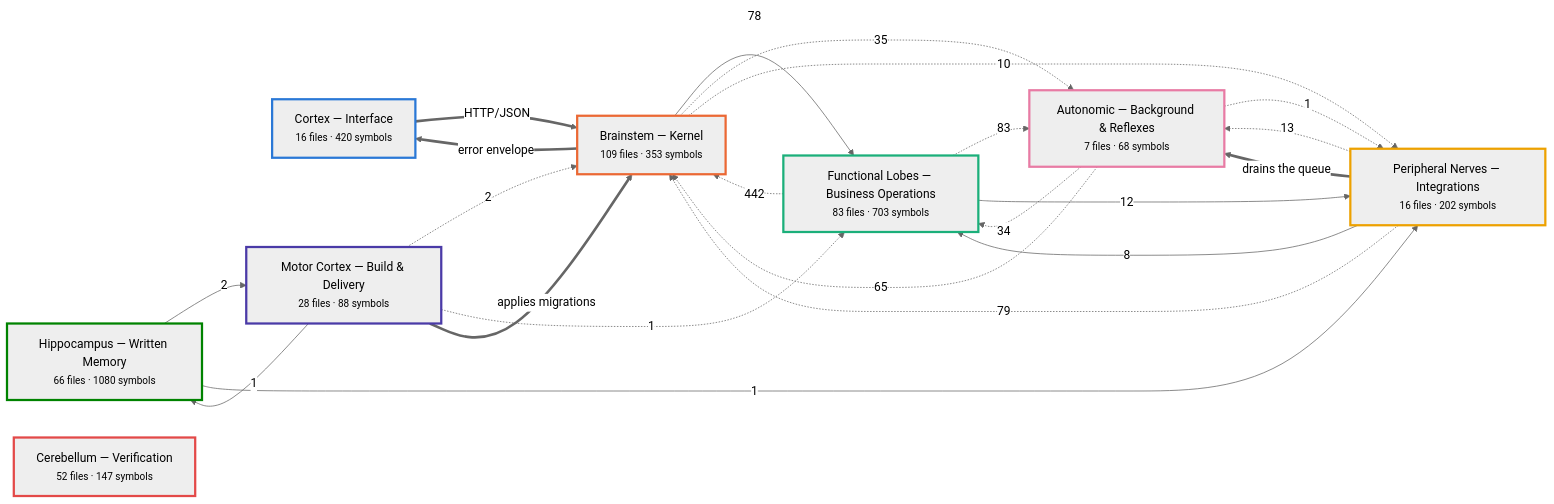
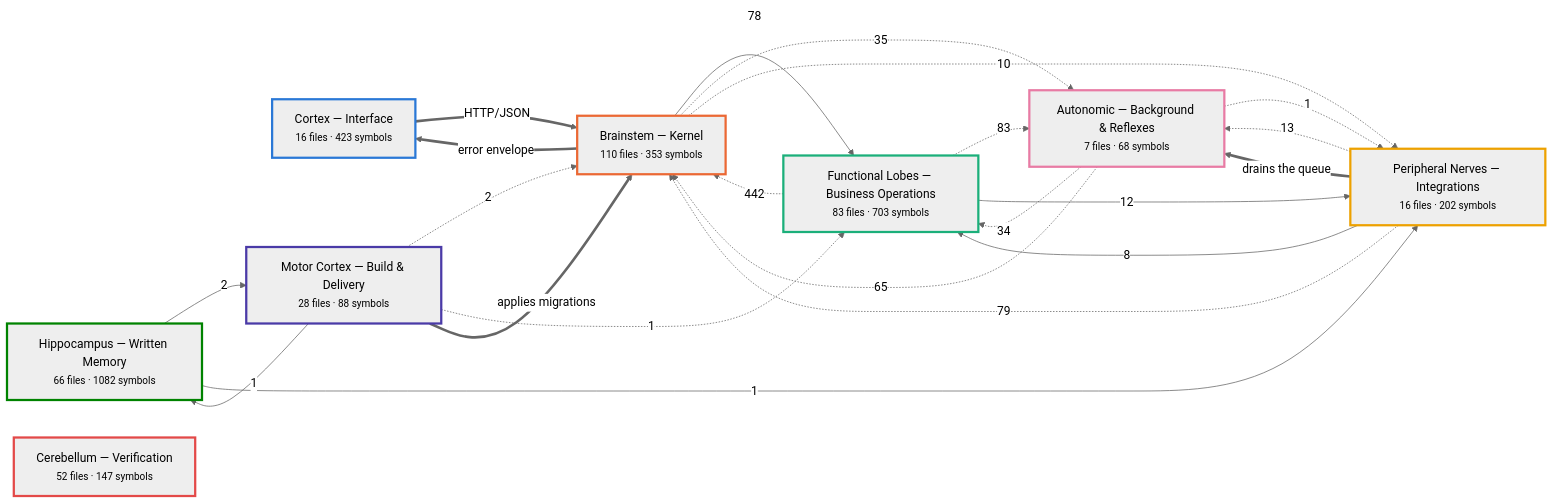
Before and after one commit to Vishalnayak226/custom_erp: the first of 7 diagrams in docs/brain/BRAIN.md, drawn with Mermaid (neutral theme). The commit also changed other lines of this file and 16 other files, not shown here.

````diff
--- a/docs/brain/BRAIN.md
+++ b/docs/brain/BRAIN.md
@@ -35,48 +35,48 @@
 ```mermaid
 flowchart LR
-  n_cortex["Cortex — Interface<br/><small>16 files · 420 symbols</small>"]
-  n_brainstem["Brainstem — Kernel<br/><small>109 files · 353 symbols</small>"]
+  n_cortex["Cortex — Interface<br/><small>16 files · 423 symbols</small>"]
+  n_brainstem["Brainstem — Kernel<br/><small>110 files · 353 symbols</small>"]
   n_business["Functional Lobes — Business Operations<br/><small>83 files · 703 symbols</small>"]
   n_peripheral["Peripheral Nerves — Integrations<br/><small>16 files · 202 symbols</small>"]
   n_autonomic["Autonomic — Background & Reflexes<br/><small>7 files · 68 symbols</small>"]
-  n_memory["Hippocampus — Written Memory<br/><small>66 files · 1080 symbols</small>"]
+  n_memory["Hippocampus — Written Memory<br/><small>66 files · 1082 symbols</small>"]
   n_motor["Motor Cortex — Build & Delivery<br/><small>28 files · 88 symbols</small>"]
   n_verification["Cerebellum — Verification<br/><small>52 files · 147 symbols</small>"]
   n_business -.->|442| n_brainstem
   n_business -.->|83| n_autonomic
   n_peripheral -.->|79| n_brainstem
   n_brainstem -->|78| n_business
   n_autonomic -.->|65| n_brainstem
   n_brainstem -.->|35| n_autonomic
   n_autonomic -.->|34| n_business
   n_peripheral -.->|13| n_autonomic
   n_business -->|12| n_peripheral
   n_brainstem -.->|10| n_peripheral
   n_peripheral -->|8| n_business
   n_motor -.->|2| n_brainstem
   n_memory -->|2| n_motor
+  n_autonomic -.->|1| n_peripheral
+  n_motor -->|1| n_memory
+  n_memory -->|1| n_peripheral
   n_motor -.->|1| n_business
-  n_memory -->|1| n_peripheral
-  n_motor -->|1| n_memory
-  n_autonomic -.->|1| n_peripheral
   n_brainstem ==>|error envelope| n_cortex
   n_cortex ==>|HTTP/JSON| n_brainstem
   n_motor ==>|applies migrations| n_brainstem
   n_peripheral ==>|drains the queue| n_autonomic
   classDef n_cortex stroke:#2a78d6,stroke-width:3px;
   class n_cortex n_cortex;
   classDef n_brainstem stroke:#eb6834,stroke-width:3px;
   class n_brainstem n_brainstem;
   classDef n_business stroke:#1baf7a,stroke-width:3px;
   class n_business n_business;
   classDef n_peripheral stroke:#eda100,stroke-width:3px;
   class n_peripheral n_peripheral;
   classDef n_autonomic stroke:#e87ba4,stroke-width:3px;
   class n_autonomic n_autonomic;
   classDef n_memory stroke:#008300,stroke-width:3px;
   class n_memory n_memory;
   classDef n_motor stroke:#4a3aa7,stroke-width:3px;
   class n_motor n_motor;
   classDef n_verification stroke:#e34948,stroke-width:3px;
   class n_verification n_verification;
 ```
````
